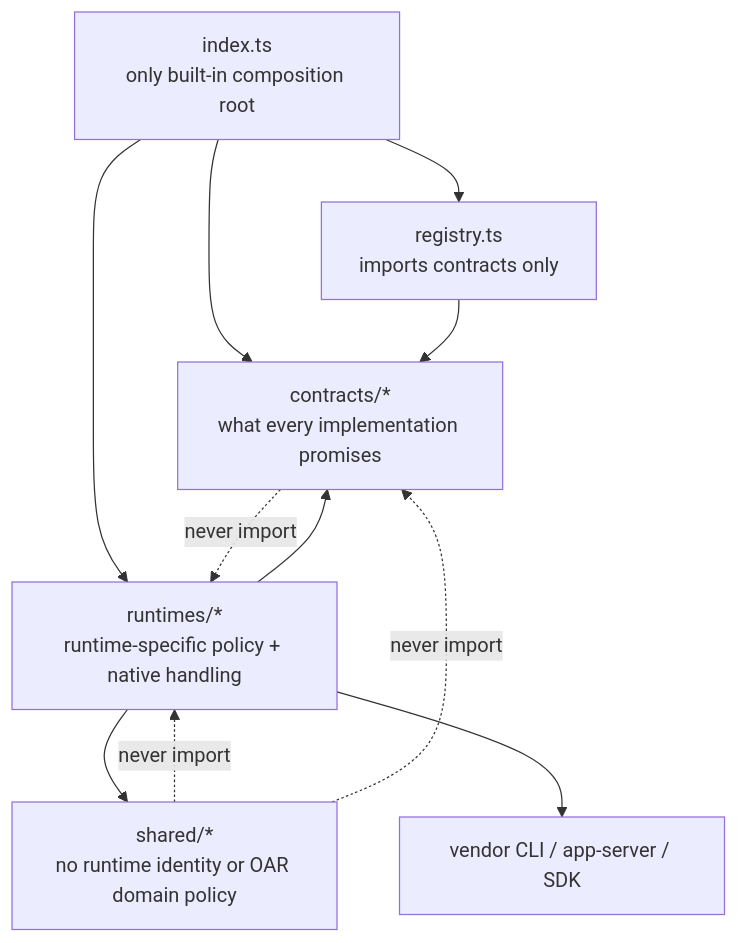
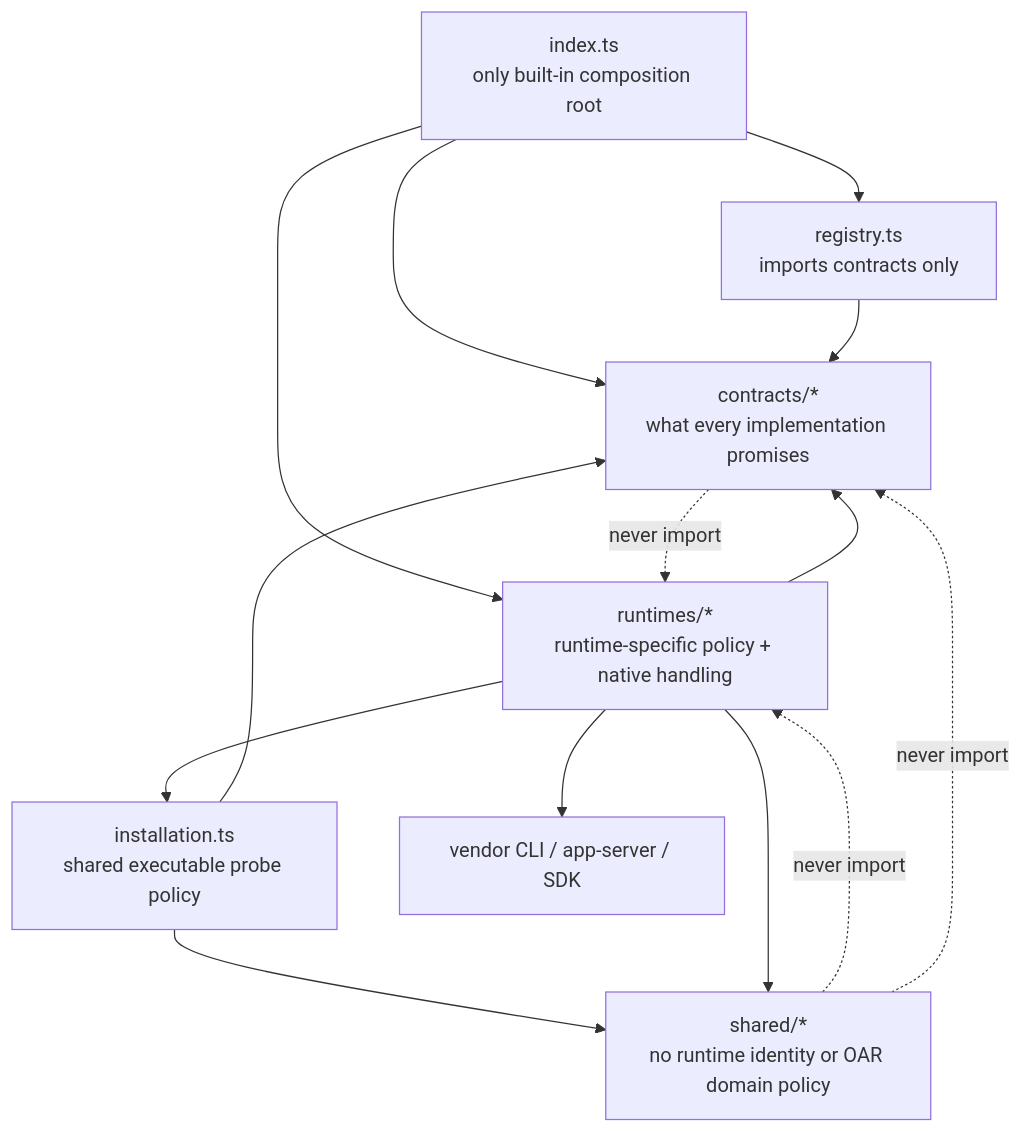
Before and after one commit to botiverse/oar: the diagram in packages/oar/src/AGENTS.md, drawn with Mermaid. The commit also changed other lines of this file and 17 other files, not shown here.

````diff
--- a/packages/oar/src/AGENTS.md
+++ b/packages/oar/src/AGENTS.md
@@ -12,21 +13,25 @@
 ```mermaid
 flowchart TB
   Entry[index.ts<br/>only built-in composition root]
   Registry[registry.ts<br/>imports contracts only]
+  Installation[installation.ts<br/>shared executable probe policy]
   Contracts[contracts/*<br/>what every implementation promises]
   Runtimes[runtimes/*<br/>runtime-specific policy + native handling]
   Shared[shared/*<br/>no runtime identity or OAR domain policy]
   Native[vendor CLI / app-server / SDK]
 
   Entry --> Registry
   Entry --> Contracts
   Entry --> Runtimes
   Registry --> Contracts
+  Installation --> Contracts
+  Installation --> Shared
   Runtimes --> Contracts
+  Runtimes --> Installation
   Runtimes --> Shared
   Runtimes --> Native
 
   Contracts -. never import .-> Runtimes
   Shared -. never import .-> Runtimes
   Shared -. never import .-> Contracts
 ```
````
